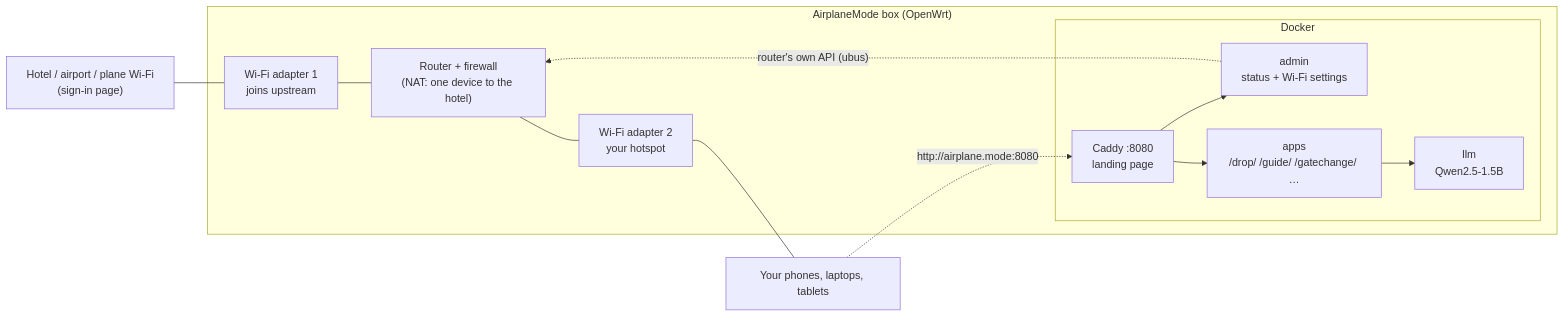
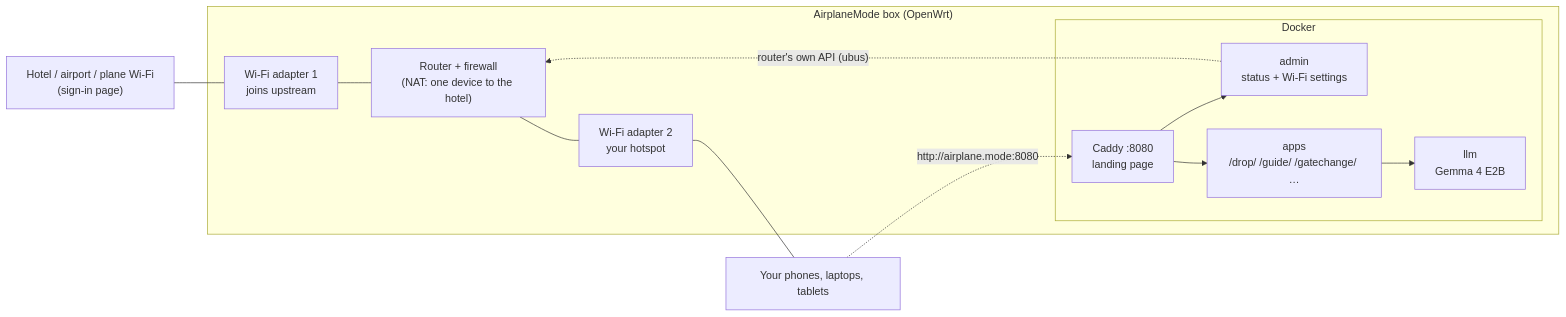
Before and after one commit to jessewolcott/airplanemode: the diagram in README.md, drawn with Mermaid. The commit also changed other lines of this file and 8 other files, not shown here.

First line of the commit message:
Shared model: Gemma 4 E2B instead of Qwen2.5-1.5B (decision 0018)

````diff
--- a/README.md
+++ b/README.md
@@ -62,21 +62,21 @@
 ```mermaid
 flowchart LR
     hotel["Hotel / airport / plane Wi-Fi<br/>(sign-in page)"]
     subgraph box["AirplaneMode box (OpenWrt)"]
         sta["Wi-Fi adapter 1<br/>joins upstream"]
         nat["Router + firewall<br/>(NAT: one device to the hotel)"]
         ap["Wi-Fi adapter 2<br/>your hotspot"]
         subgraph docker["Docker"]
             caddy["Caddy :8080<br/>landing page"]
             admin["admin<br/>status + Wi-Fi settings"]
-            llm["llm<br/>Qwen2.5-1.5B"]
+            llm["llm<br/>Gemma 4 E2B"]
             apps["apps<br/>/drop/ /guide/ /gatechange/ …"]
         end
     end
     devices["Your phones, laptops, tablets"]
     hotel --- sta --- nat --- ap --- devices
     devices -. "http://airplane.mode:8080" .-> caddy
     caddy --> admin & apps
     apps --> llm
     admin -. "router's own API (ubus)" .-> nat
 ```
````
